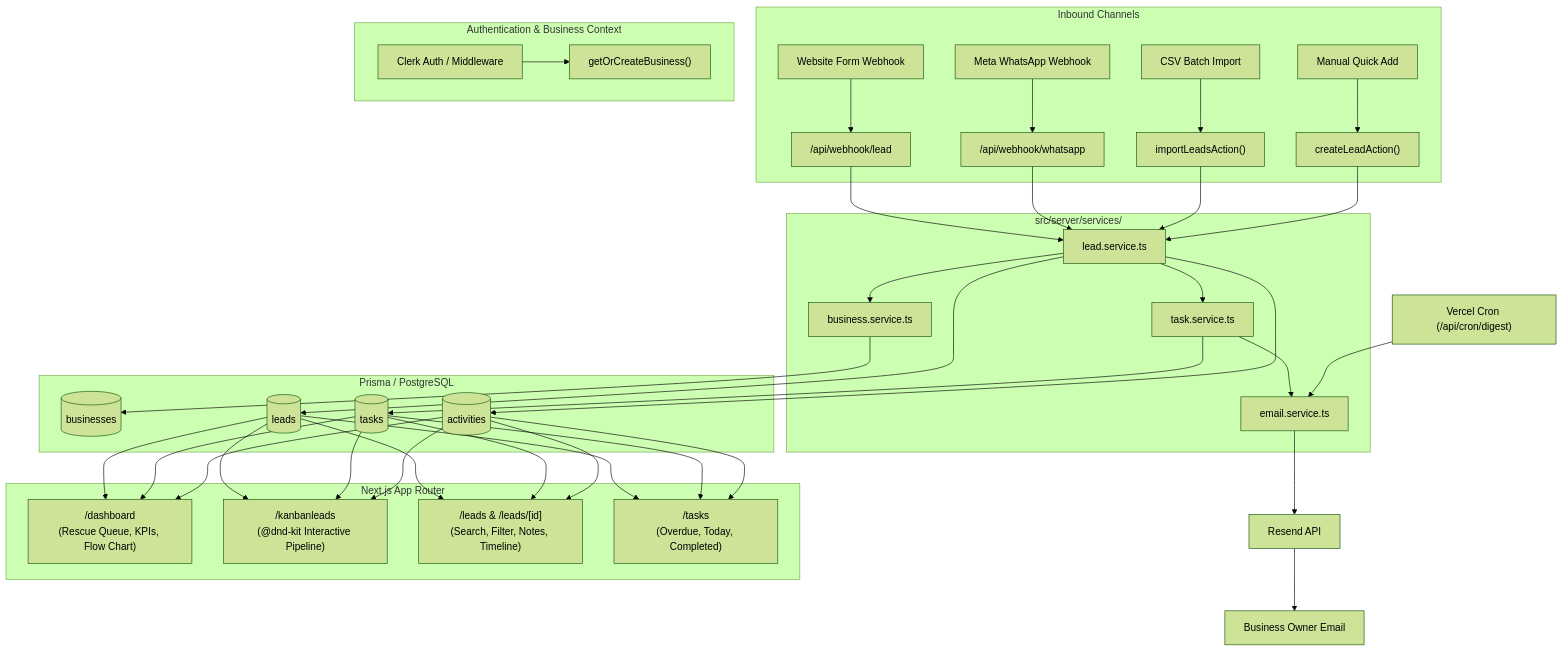
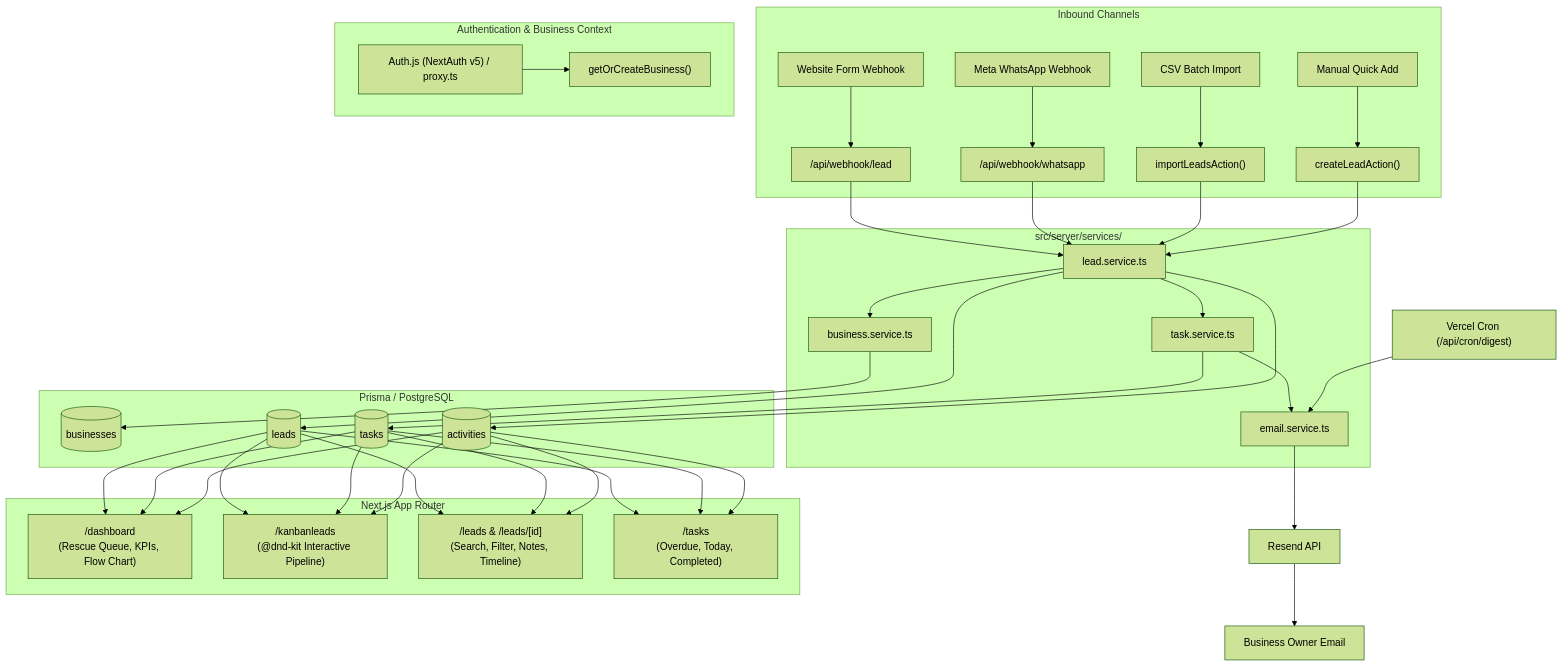
One commit to casanova259/LeadGEn changed the diagram in PROJECT_DOCUMENTATION.md. Above: the diagram before and after it, drawn with Mermaid (forest theme). The commit also changed other lines of this file and 20 other files, not shown here.

Commit message:
feat: migrate authentication provider from Clerk to Auth.js with passwordless magic links

````diff
--- a/PROJECT_DOCUMENTATION.md
+++ b/PROJECT_DOCUMENTATION.md
@@ -70,41 +70,41 @@
 ```mermaid
 flowchart TD
     subgraph Inbound Channels
         A1[Website Form Webhook] --> W1["/api/webhook/lead"]
         A2[Meta WhatsApp Webhook] --> W2["/api/webhook/whatsapp"]
         A3[CSV Batch Import] --> SA1["importLeadsAction()"]
         A4[Manual Quick Add] --> SA2["createLeadAction()"]
     end
 
     subgraph Authentication & Business Context
-        CLERK[Clerk Auth / Middleware] --> GETBI["getOrCreateBusiness()"]
+        AUTHJS["Auth.js (NextAuth v5) / proxy.ts"] --> GETBI["getOrCreateBusiness()"]
     end
 
     subgraph Application Core [src/server/services/]
         W1 & W2 & SA1 & SA2 --> LS["lead.service.ts"]
         LS --> BS["business.service.ts"]
         LS --> TS["task.service.ts"]
         TS --> ES["email.service.ts"]
     end
 
     subgraph Database Layer [Prisma / PostgreSQL]
         DB_B[(businesses)]
         DB_L[(leads)]
         DB_T[(tasks)]
         DB_A[(activities)]
         LS --> DB_L
         LS --> DB_A
         TS --> DB_T
         BS --> DB_B
     end
 
     subgraph User Experience [Next.js App Router]
         DASH["/dashboard<br/>(Rescue Queue, KPIs, Flow Chart)"]
         KANBAN["/kanbanleads<br/>(@dnd-kit Interactive Pipeline)"]
         LEADS["/leads & /leads/[id]<br/>(Search, Filter, Notes, Timeline)"]
         TASKS["/tasks<br/>(Overdue, Today, Completed)"]
     end
 
     DB_L & DB_T & DB_A --> DASH & KANBAN & LEADS & TASKS
     CRON["Vercel Cron (/api/cron/digest)"] --> ES --> RESEND[Resend API] --> USER_EMAIL[Business Owner Email]
 ```
````
